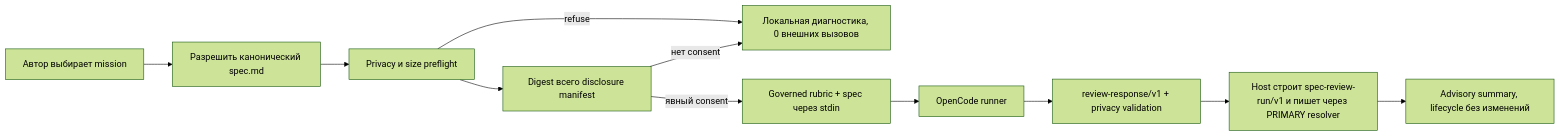
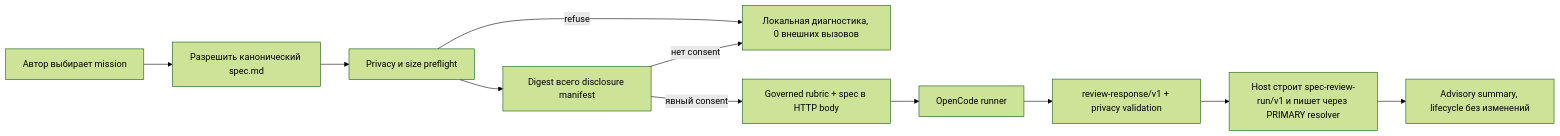
The diagram in kitty-specs/ox-alpha-spec-reviewer-01M0N82A/plan.md (Priivacy-ai/spec-kitty), drawn with Mermaid (forest theme) before and after one commit. The commit also changed other lines of this file and 2 other files, not shown here.

Commit message:
docs(spec-review): use isolated loopback transport

````diff
--- a/kitty-specs/ox-alpha-spec-reviewer-01M0N82A/plan.md
+++ b/kitty-specs/ox-alpha-spec-reviewer-01M0N82A/plan.md
@@ -61,13 +61,13 @@
 ```mermaid
 flowchart LR
     A[Автор выбирает mission] --> B[Разрешить канонический spec.md]
     B --> C[Privacy и size preflight]
     C -->|refuse| X[Локальная диагностика, 0 внешних вызовов]
     C --> D[Digest всего disclosure manifest]
     D -->|нет consent| X
-    D -->|явный consent| E[Governed rubric + spec через stdin]
+    D -->|явный consent| E[Governed rubric + spec в HTTP body]
     E --> F[OpenCode runner]
     F --> G[review-response/v1 + privacy validation]
     G --> H[Host строит spec-review-run/v1 и пишет через PRIMARY resolver]
     H --> I[Advisory summary, lifecycle без изменений]
 ```
````
